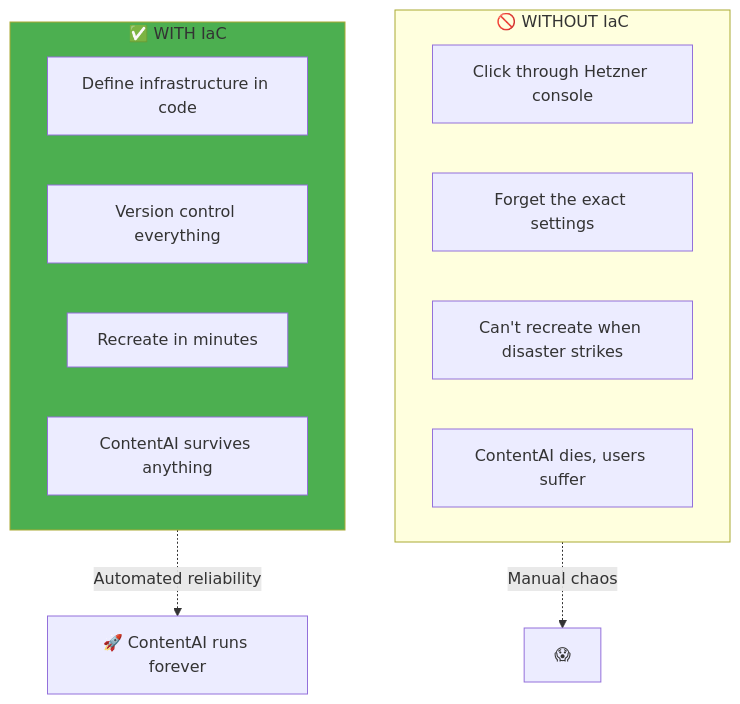
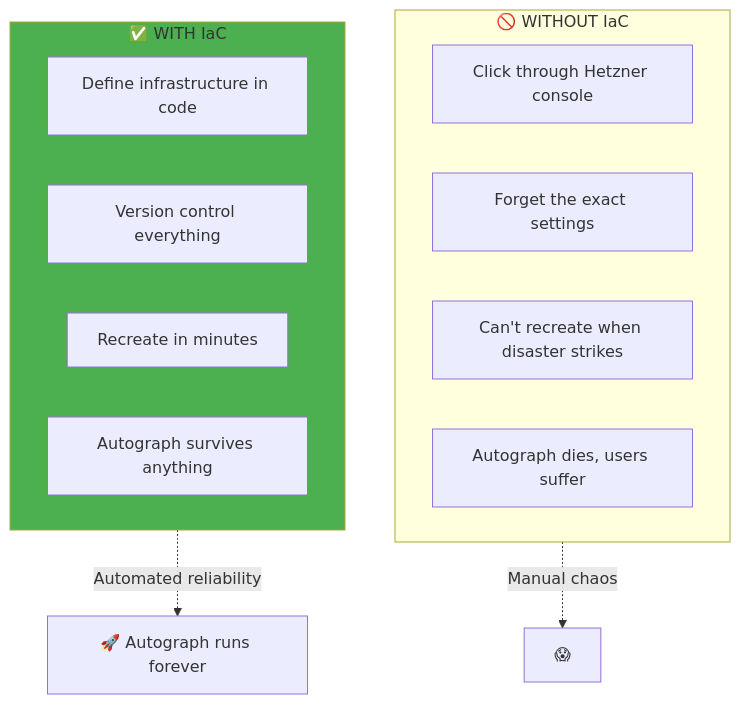
The first of 4 diagrams in DevOps/02-Engineering/02-Infrastructure-as-Code.md (PearlThoughtsInternship/Internship-Obsidian-Vault), drawn with Mermaid before and after one commit. The commit also changed other lines of this file and 4 other files, not shown here.

First line of the commit message:
rebrand: ContentAI → Autograph in Engineering & Platform docs

````diff
--- a/DevOps/02-Engineering/02-Infrastructure-as-Code.md
+++ b/DevOps/02-Engineering/02-Infrastructure-as-Code.md
@@ -11,21 +11,21 @@
 ```mermaid
 flowchart TB
     subgraph Problem["🚫 WITHOUT IaC"]
         P1["Click through Hetzner console"]
         P2["Forget the exact settings"]
         P3["Can't recreate when disaster strikes"]
-        P4["ContentAI dies, users suffer"]
+        P4["Autograph dies, users suffer"]
     end
 
     subgraph Solution["✅ WITH IaC"]
         S1["Define infrastructure in code"]
         S2["Version control everything"]
         S3["Recreate in minutes"]
-        S4["ContentAI survives anything"]
+        S4["Autograph survives anything"]
     end
 
     Problem -.->|"Manual chaos"| X["😱"]
-    Solution -.->|"Automated reliability"| Y["🚀 ContentAI runs forever"]
+    Solution -.->|"Automated reliability"| Y["🚀 Autograph runs forever"]
 
     style Solution fill:#4CAF50
 ```
````
